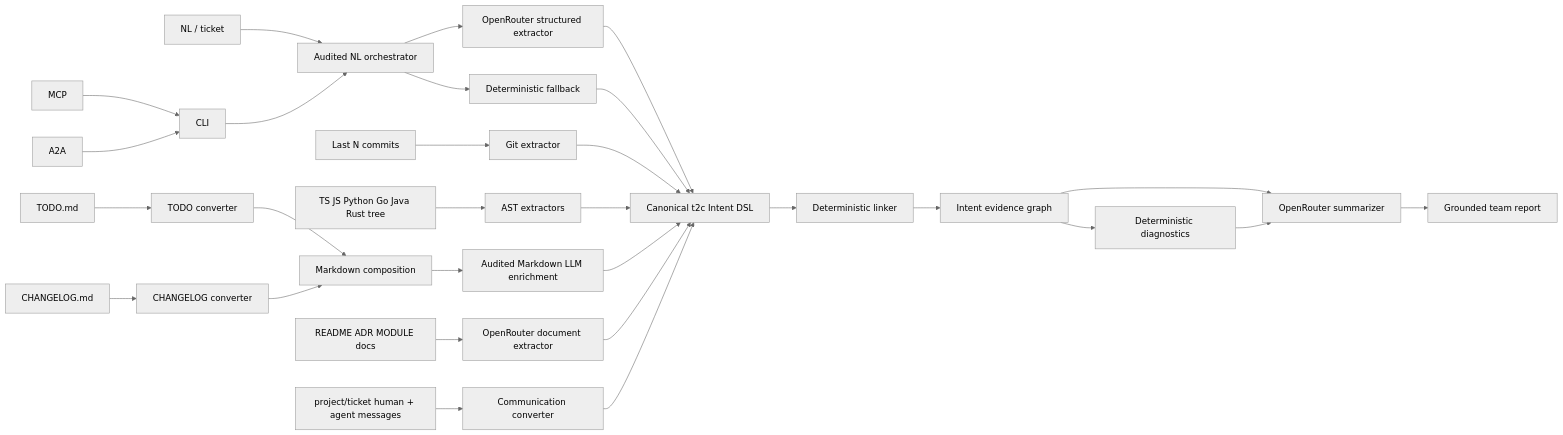
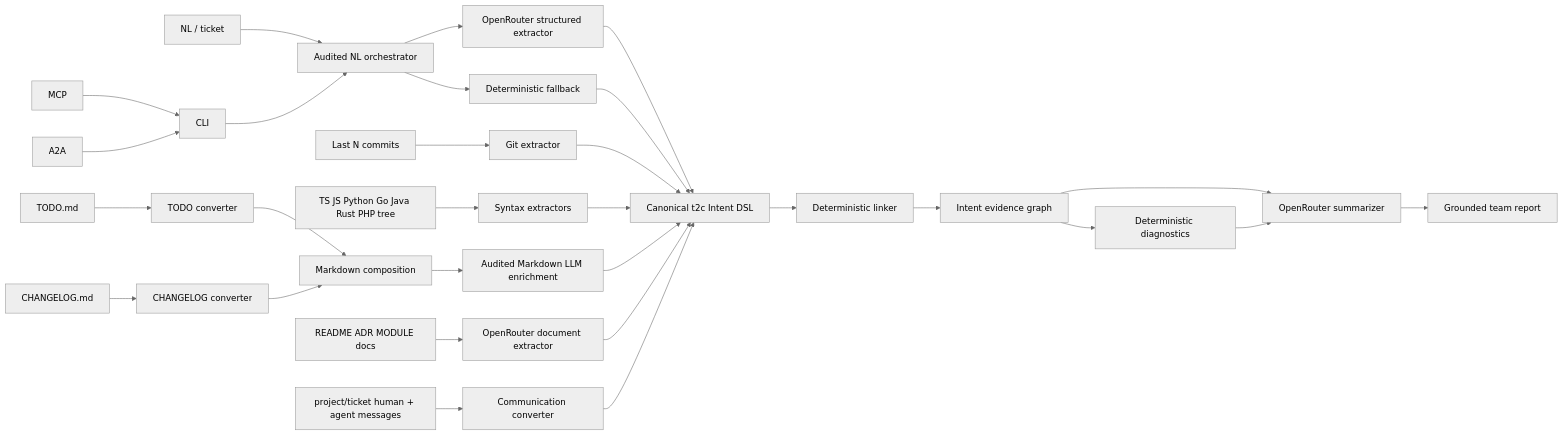
One commit to autogrammar/todo2code changed the diagram in docs/ARCHITECTURE.md. Above: the diagram before and after it, drawn with Mermaid (neutral theme). The commit also changed other lines of this file and 28 other files, not shown here.

Commit message:
feat: add deterministic PHP syntax adapter

````diff
--- a/docs/ARCHITECTURE.md
+++ b/docs/ARCHITECTURE.md
@@ -9,34 +9,34 @@
 ```mermaid
 flowchart LR
     NL[NL / ticket] --> NLO[Audited NL orchestrator]
     NLO --> NLLM[OpenRouter structured extractor]
     NLO --> NLE[Deterministic fallback]
     GIT[Last N commits] --> GE[Git extractor]
-    CODE[TS JS Python Go Java Rust tree] --> AE[AST extractors]
+    CODE[TS JS Python Go Java Rust PHP tree] --> AE[Syntax extractors]
     TODO[TODO.md] --> TE[TODO converter]
     CHG[CHANGELOG.md] --> CE[CHANGELOG converter]
     TE --> ME[Markdown composition]
     CE --> ME
     ME --> MLO[Audited Markdown LLM enrichment]
     DOCS[README ADR MODULE docs] --> ORE[OpenRouter document extractor]
     COMM[project/ticket human + agent messages] --> COMME[Communication converter]
 
     NLLM --> DSL[Canonical t2c Intent DSL]
     NLE --> DSL
     GE --> DSL
     AE --> DSL
     MLO --> DSL
     ORE --> DSL
     COMME --> DSL
 
     DSL --> LINK[Deterministic linker]
     LINK --> GRAPH[Intent evidence graph]
     GRAPH --> DIAG[Deterministic diagnostics]
     GRAPH --> SUM[OpenRouter summarizer]
     DIAG --> SUM
     SUM --> REPORT[Grounded team report]
 
     CLI --> NLO
     MCP --> CLI
     A2A --> CLI
 ```
````
